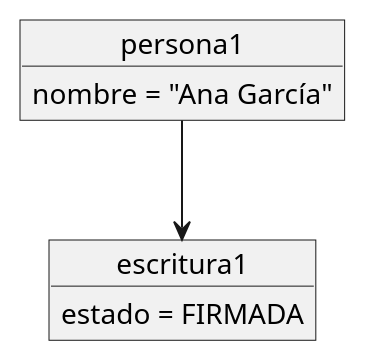
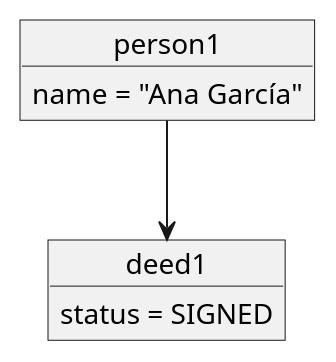
One commit to matiaspakua/notaire changed the second of 18 diagrams in .claude/skills/plantuml/references/diagram-types.md. Above: the diagram before and after it, drawn with PlantUML. The commit also changed other lines of this file and 52 other files, not shown here.

````diff
--- a/.claude/skills/plantuml/references/diagram-types.md
+++ b/.claude/skills/plantuml/references/diagram-types.md
@@ -102,9 +102,9 @@
 ```plantuml
 @startuml
-object persona1
-persona1 : nombre = "Ana García"
-object escritura1
-escritura1 : estado = FIRMADA
-persona1 --> escritura1
+object person1
+person1 : name = "Ana García"
+object deed1
+deed1 : status = SIGNED
+person1 --> deed1
 @enduml
 ```
````
